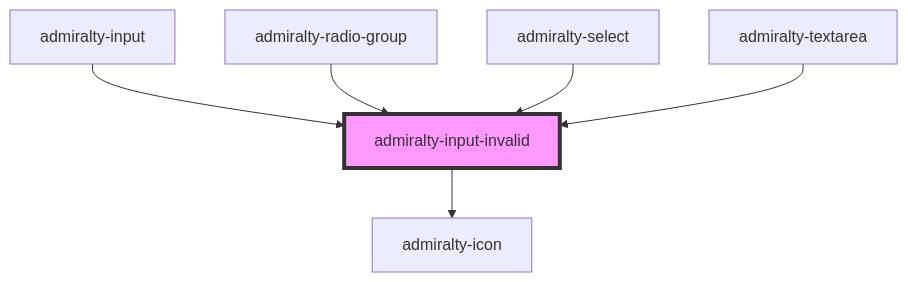
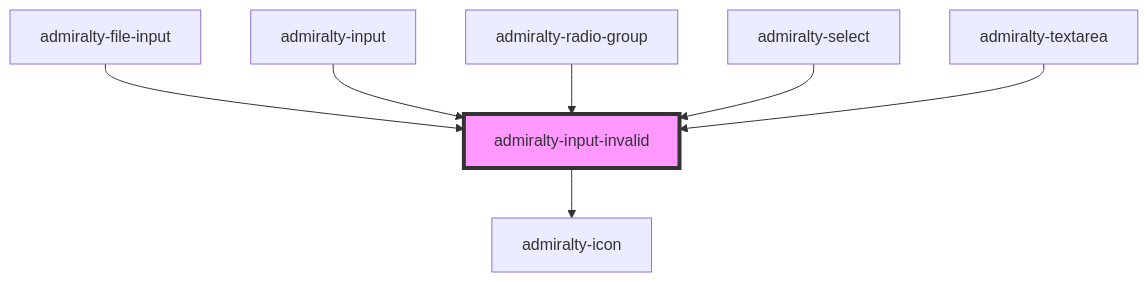
Before and after one commit to UKHO/admiralty-design-system: the diagram in packages/core/src/components/input-invalid/readme.md, drawn with Mermaid. The commit also changed other lines of this file and 7 other files, not shown here.

Commit message:
Add invalid and invalidMessage to File Input and remove layout bottom margin

````diff
--- a/packages/core/src/components/input-invalid/readme.md
+++ b/packages/core/src/components/input-invalid/readme.md
@@ -27,9 +28,10 @@
 ```mermaid
 graph TD;
   admiralty-input-invalid --> admiralty-icon
+  admiralty-file-input --> admiralty-input-invalid
   admiralty-input --> admiralty-input-invalid
   admiralty-radio-group --> admiralty-input-invalid
   admiralty-select --> admiralty-input-invalid
   admiralty-textarea --> admiralty-input-invalid
   style admiralty-input-invalid fill:#f9f,stroke:#333,stroke-width:4px
 ```
````
